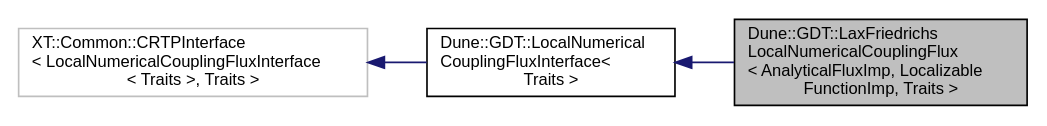
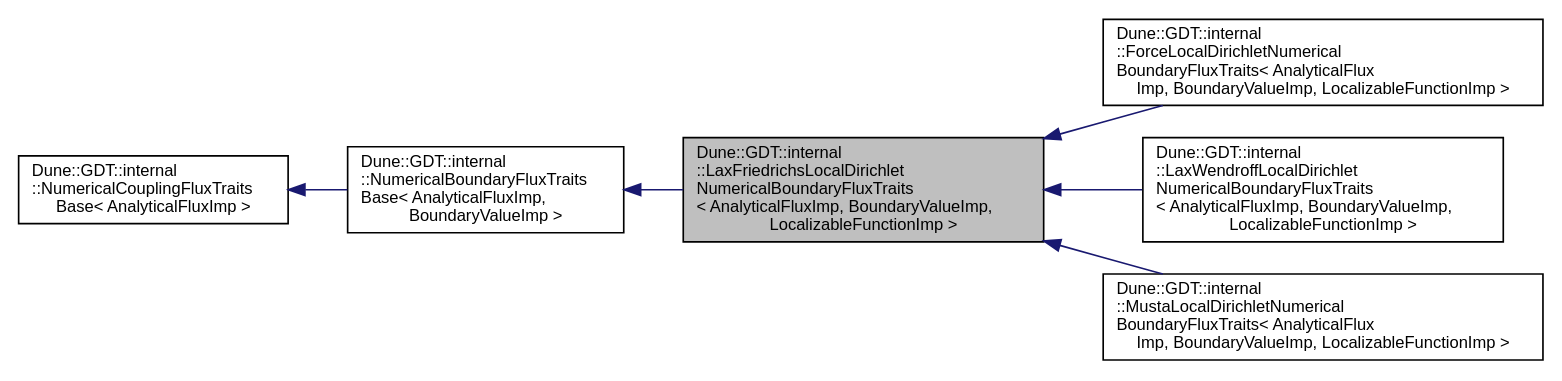
The diagram in docs/dune-gdt/''/a01252.dot (dune-community/dune-community.github.io), drawn with Graphviz before and after one commit. The commit also changed 2591 other files, not shown here.

Commit message:
Updated documentation for dune-gdt ''

```diff
--- a/docs/dune-gdt/''/a01252.dot
+++ b/docs/dune-gdt/''/a01252.dot
@@ -1,11 +1,17 @@
-digraph "Dune::GDT::LaxFriedrichsLocalNumericalCouplingFlux&lt; AnalyticalFluxImp, LocalizableFunctionImp, Traits &gt;"
+digraph "Dune::GDT::internal::LaxFriedrichsLocalDirichletNumericalBoundaryFluxTraits&lt; AnalyticalFluxImp, BoundaryValueImp, LocalizableFunctionImp &gt;"
 {
   edge [fontname="Helvetica",fontsize="10",labelfontname="Helvetica",labelfontsize="10"];
   node [fontname="Helvetica",fontsize="10",shape=record];
   rankdir="LR";
-  Node0 [label="Dune::GDT::LaxFriedrichs\lLocalNumericalCouplingFlux\l\< AnalyticalFluxImp, Localizable\lFunctionImp, Traits \>",height=0.2,width=0.4,color="black", fillcolor="grey75", style="filled", fontcolor="black"];
+  Node0 [label="Dune::GDT::internal\l::LaxFriedrichsLocalDirichlet\lNumericalBoundaryFluxTraits\l\< AnalyticalFluxImp, BoundaryValueImp,\l LocalizableFunctionImp \>",height=0.2,width=0.4,color="black", fillcolor="grey75", style="filled", fontcolor="black"];
   Node1 -> Node0 [dir="back",color="midnightblue",fontsize="10",style="solid",fontname="Helvetica"];
-  Node1 [label="Dune::GDT::LocalNumerical\lCouplingFluxInterface\<\l Traits \>",height=0.2,width=0.4,color="black", fillcolor="white", style="filled",URL="$a01225.html"];
+  Node1 [label="Dune::GDT::internal\l::NumericalBoundaryFluxTraits\lBase\< AnalyticalFluxImp,\l BoundaryValueImp \>",height=0.2,width=0.4,color="black", fillcolor="white", style="filled",URL="$a01117.html"];
   Node2 -> Node1 [dir="back",color="midnightblue",fontsize="10",style="solid",fontname="Helvetica"];
-  Node2 [label="XT::Common::CRTPInterface\l\< LocalNumericalCouplingFluxInterface\l\< Traits \>, Traits \>",height=0.2,width=0.4,color="grey75", fillcolor="white", style="filled"];
+  Node2 [label="Dune::GDT::internal\l::NumericalCouplingFluxTraits\lBase\< AnalyticalFluxImp \>",height=0.2,width=0.4,color="black", fillcolor="white", style="filled",URL="$a01113.html"];
+  Node0 -> Node3 [dir="back",color="midnightblue",fontsize="10",style="solid",fontname="Helvetica"];
+  Node3 [label="Dune::GDT::internal\l::ForceLocalDirichletNumerical\lBoundaryFluxTraits\< AnalyticalFlux\lImp, BoundaryValueImp, LocalizableFunctionImp \>",height=0.2,width=0.4,color="black", fillcolor="white", style="filled",URL="$a01185.html"];
+  Node0 -> Node4 [dir="back",color="midnightblue",fontsize="10",style="solid",fontname="Helvetica"];
+  Node4 [label="Dune::GDT::internal\l::LaxWendroffLocalDirichlet\lNumericalBoundaryFluxTraits\l\< AnalyticalFluxImp, BoundaryValueImp,\l LocalizableFunctionImp \>",height=0.2,width=0.4,color="black", fillcolor="white", style="filled",URL="$a01281.html"];
+  Node0 -> Node5 [dir="back",color="midnightblue",fontsize="10",style="solid",fontname="Helvetica"];
+  Node5 [label="Dune::GDT::internal\l::MustaLocalDirichletNumerical\lBoundaryFluxTraits\< AnalyticalFlux\lImp, BoundaryValueImp, LocalizableFunctionImp \>",height=0.2,width=0.4,color="black", fillcolor="white", style="filled",URL="$a01301.html"];
 }
```
